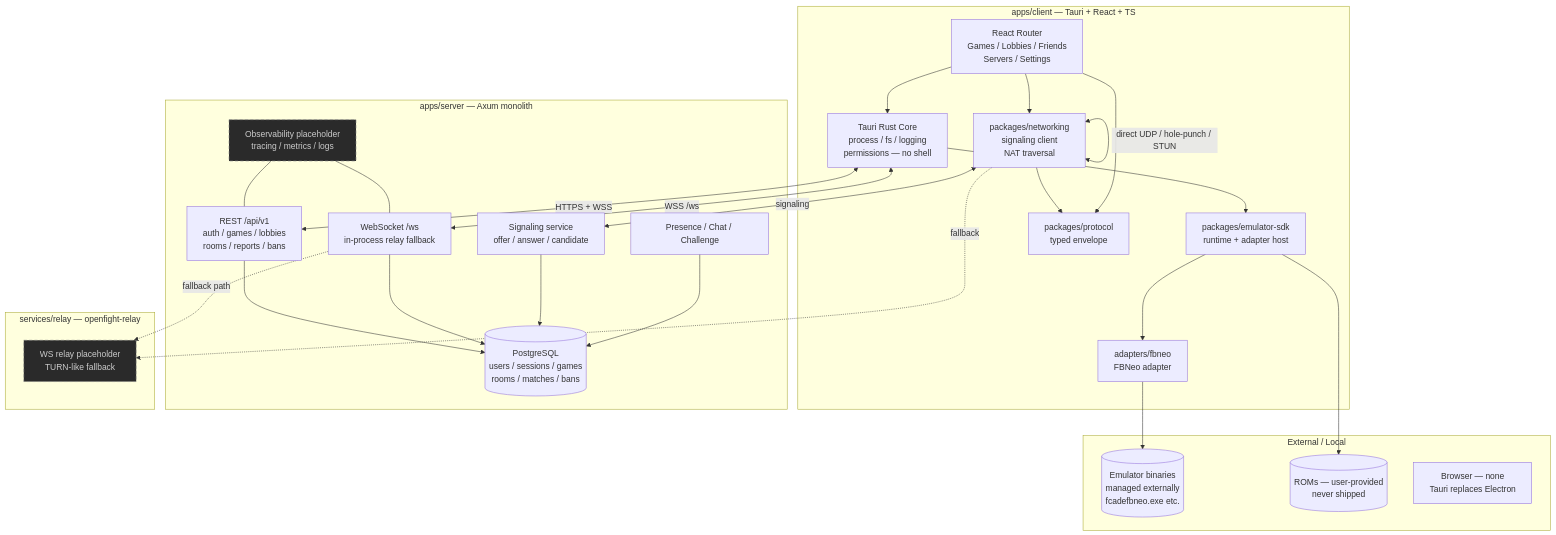
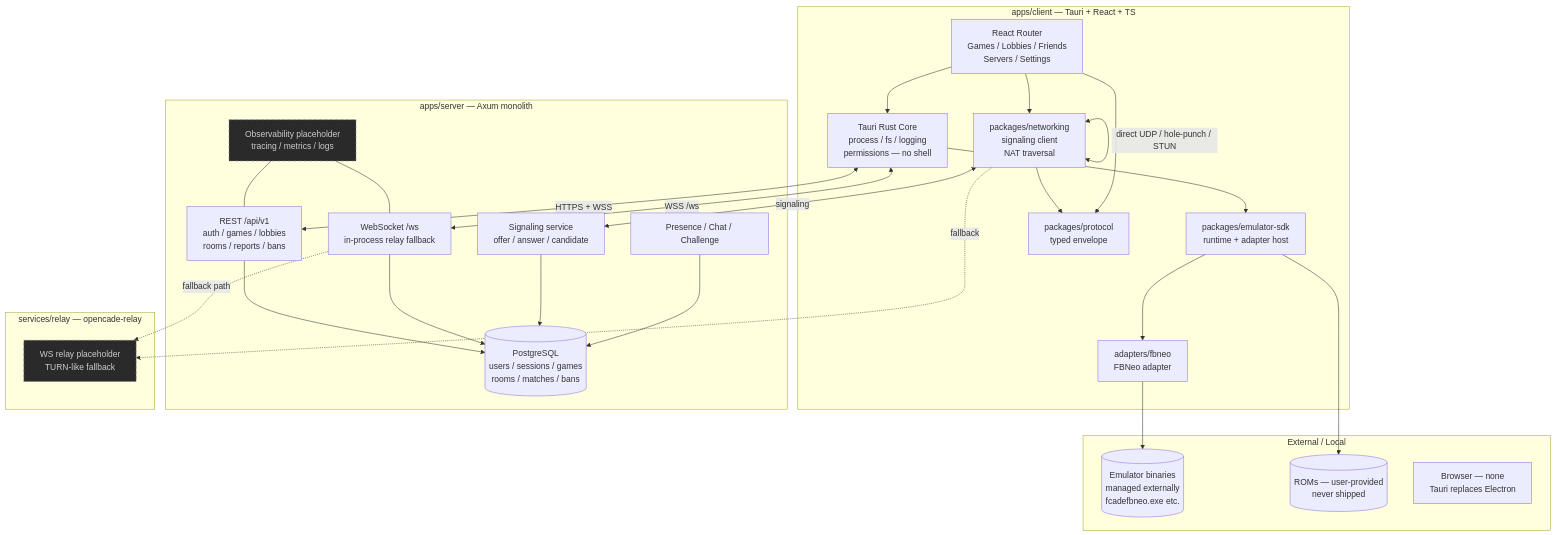
One commit to Zendevve/OpenCade changed the diagram in docs/ARCHITECTURE.md. Above: the diagram before and after it, drawn with Mermaid. The commit also changed other lines of this file and 67 other files, not shown here.

````diff
--- a/docs/ARCHITECTURE.md
+++ b/docs/ARCHITECTURE.md
@@ -133,56 +133,56 @@
 ```mermaid
 flowchart TB
     subgraph Client["apps/client — Tauri + React + TS"]
         UI[React Router<br/>Games / Lobbies / Friends<br/>Servers / Settings]
         TAURI[Tauri Rust Core<br/>process / fs / logging<br/>permissions — no shell]
         SDK_RT[packages/emulator-sdk<br/>runtime + adapter host]
         ADAPTER[adapters/fbneo<br/>FBNeo adapter]
         NET_C[packages/networking<br/>signaling client<br/>NAT traversal]
         PROTO_C[packages/protocol<br/>typed envelope]
     end
 
     subgraph Server["apps/server — Axum monolith"]
         REST[REST /api/v1<br/>auth / games / lobbies<br/>rooms / reports / bans]
         WS[WebSocket /ws<br/>in-process relay fallback]
         SIG[Signaling service<br/>offer / answer / candidate]
         PRESENCE[Presence / Chat / Challenge]
         DB[(PostgreSQL<br/>users / sessions / games<br/>rooms / matches / bans)]
         OBS[Observability placeholder<br/>tracing / metrics / logs]
     end
 
-    subgraph Relay["services/relay — openfight-relay"]
+    subgraph Relay["services/relay — opencade-relay"]
         RELAY_WS[WS relay placeholder<br/>TURN-like fallback]
     end
 
     subgraph External["External / Local"]
         EMU_BIN[(Emulator binaries<br/>managed externally<br/>fcadefbneo.exe etc.)]
         ROMS[(ROMs — user-provided<br/>never shipped)]
         BROWSER[Browser — none<br/>Tauri replaces Electron]
     end
 
     UI --> TAURI
     TAURI --> SDK_RT
     SDK_RT --> ADAPTER
     ADAPTER --> EMU_BIN
     SDK_RT --> ROMS
     UI --> NET_C
     NET_C --> PROTO_C
     UI --> PROTO_C
 
     TAURI <-->|HTTPS + WSS| REST
     TAURI <-->|WSS /ws| WS
     NET_C <-->|signaling| SIG
     NET_C <-->|direct UDP / hole-punch / STUN| NET_C
     NET_C -.->|fallback| RELAY_WS
     WS -.->|fallback path| RELAY_WS
 
     REST --> DB
     WS --> DB
     SIG --> DB
     PRESENCE --> DB
     OBS --- REST
     OBS --- WS
 
     classDef placeholder fill:#2a2a2a,stroke:#888,stroke-dasharray: 6 4,color:#ccc
     class RELAY_WS,OBS placeholder
 ```
````
